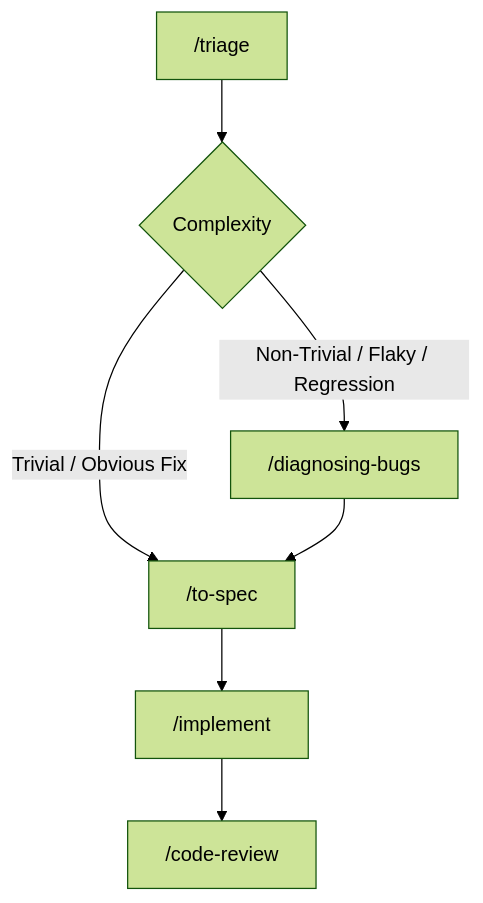
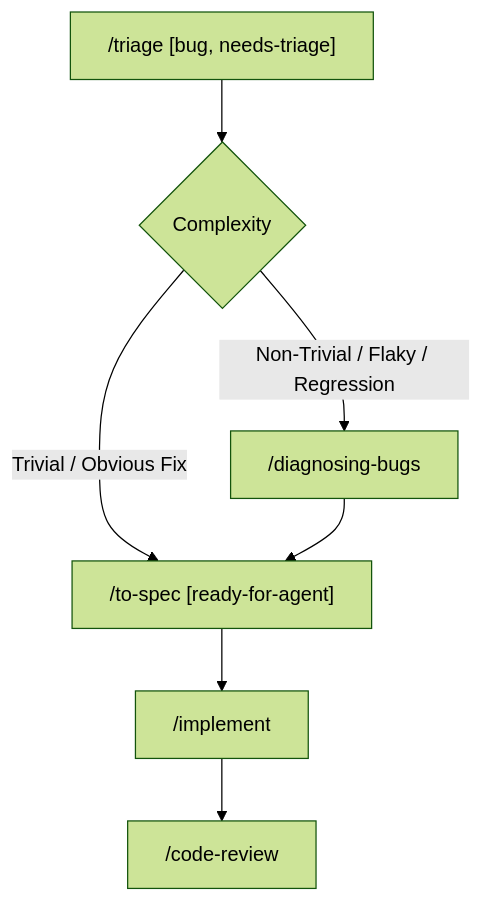
Before and after one commit to jackmaders/watchpoint: the fifth of 8 diagrams in docs/agents/workflows.md, drawn with Mermaid (forest theme). The commit also changed other lines of this file, not shown here.

````diff
--- a/docs/agents/workflows.md
+++ b/docs/agents/workflows.md
@@ -84,9 +86,9 @@
 ```mermaid
 graph TD
-    A["/triage"] --> B{Complexity}
+    A["/triage [bug, needs-triage]"] --> B{Complexity}
     B -->|Non-Trivial / Flaky / Regression| C["/diagnosing-bugs"]
-    B -->|Trivial / Obvious Fix| D["/to-spec"]
+    B -->|Trivial / Obvious Fix| D["/to-spec [ready-for-agent]"]
     C --> D
     D --> E["/implement"]
     E --> F["/code-review"]
 ```
````
